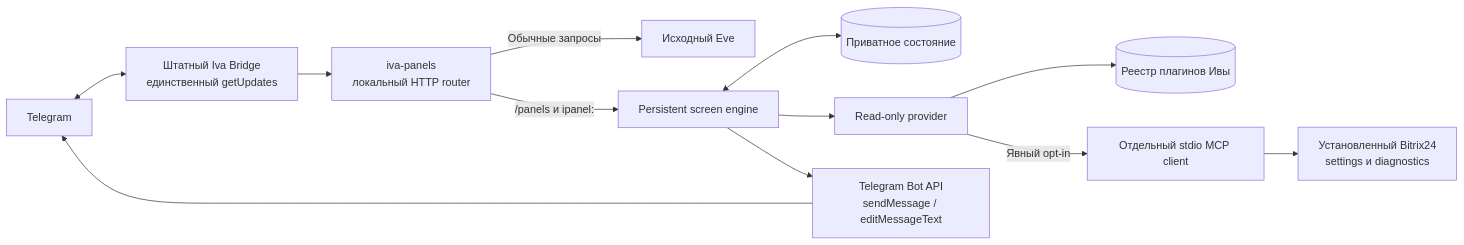
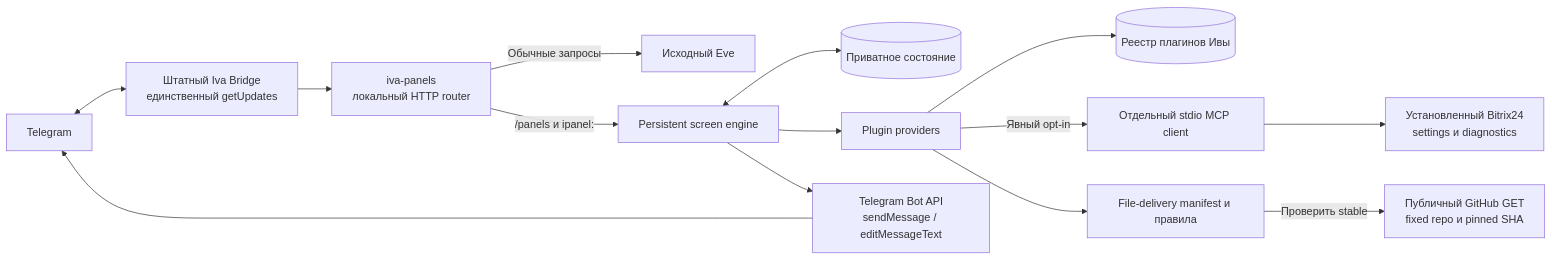
Before and after one commit to mamysh/iva-panels: the first of 2 diagrams in docs/ARCHITECTURE.md, drawn with Mermaid. The commit also changed other lines of this file and 16 other files, not shown here.

Commit message:
feat: add file-delivery panel and read-only stable check

````diff
--- a/docs/ARCHITECTURE.md
+++ b/docs/ARCHITECTURE.md
@@ -5,18 +5,21 @@
 ```mermaid
 flowchart LR
     T[Telegram] <--> B[Штатный Iva Bridge
 единственный getUpdates]
     B --> R[iva-panels
 локальный HTTP router]
     R -->|Обычные запросы| E[Исходный Eve]
     R -->|/panels и ipanel:| S[Persistent screen engine]
     S <--> D[(Приватное состояние)]
-    S --> P[Read-only provider]
+    S --> P[Plugin providers]
     P --> I[(Реестр плагинов Ивы)]
     P -->|Явный opt-in| C[Отдельный stdio MCP client]
     C --> X[Установленный Bitrix24
 settings и diagnostics]
+    P --> F[File-delivery manifest и правила]
+    F -->|Проверить stable| G[Публичный GitHub GET
+fixed repo и pinned SHA]
     S --> A[Telegram Bot API
 sendMessage / editMessageText]
     A --> T
 ```
````
